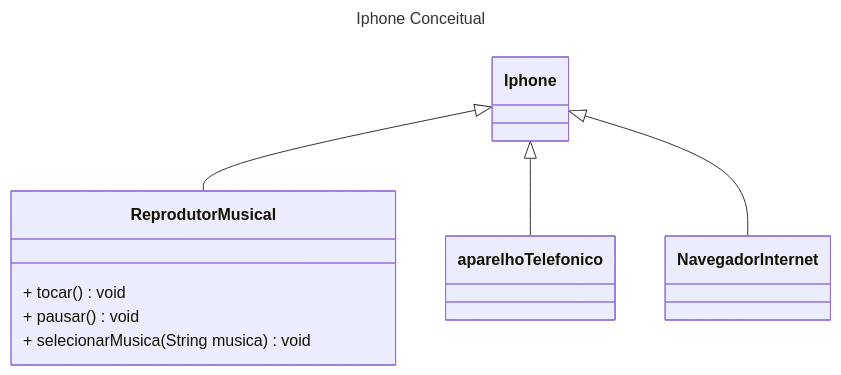
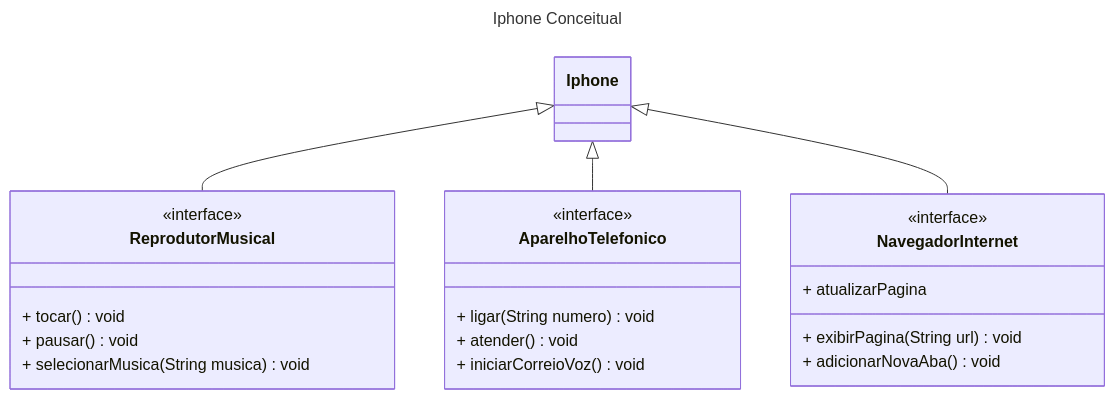
The diagram in IphoneConceitualModel/README.md (filipedhunior/dio-trilha-java-basico), drawn with Mermaid before and after one commit.

Commit message:
[Update] README + classDiagram
Adicionando os conceitos de interface

`````diff
--- a/IphoneConceitualModel/README.md
+++ b/IphoneConceitualModel/README.md
@@ -2,20 +2,33 @@
 ```` mermaid
 ---
 title: Iphone Conceitual
 ---
 classDiagram
 	Iphone <|-- ReprodutorMusical
-	Iphone <|-- aparelhoTelefonico
+	Iphone <|-- AparelhoTelefonico
 	Iphone <|-- NavegadorInternet
+	
 	class Iphone{
 	}
+	
 	class ReprodutorMusical{
+	    <<interface>> 
 	+ tocar() void
 	+ pausar() void
 	+ selecionarMusica(String musica) void
 	}
-	class aparelhoTelefonico{
+
+	class AparelhoTelefonico{
+	    <<interface>> 
+	+ ligar(String numero) void
+	+ atender() void
+	+ iniciarCorreioVoz() void
 	}
+	
 	class NavegadorInternet{
+	    <<interface>> 
+	+ exibirPagina(String url) void
+	+ adicionarNovaAba()void
+	+ atualizarPagina
 	}
 ````
`````
